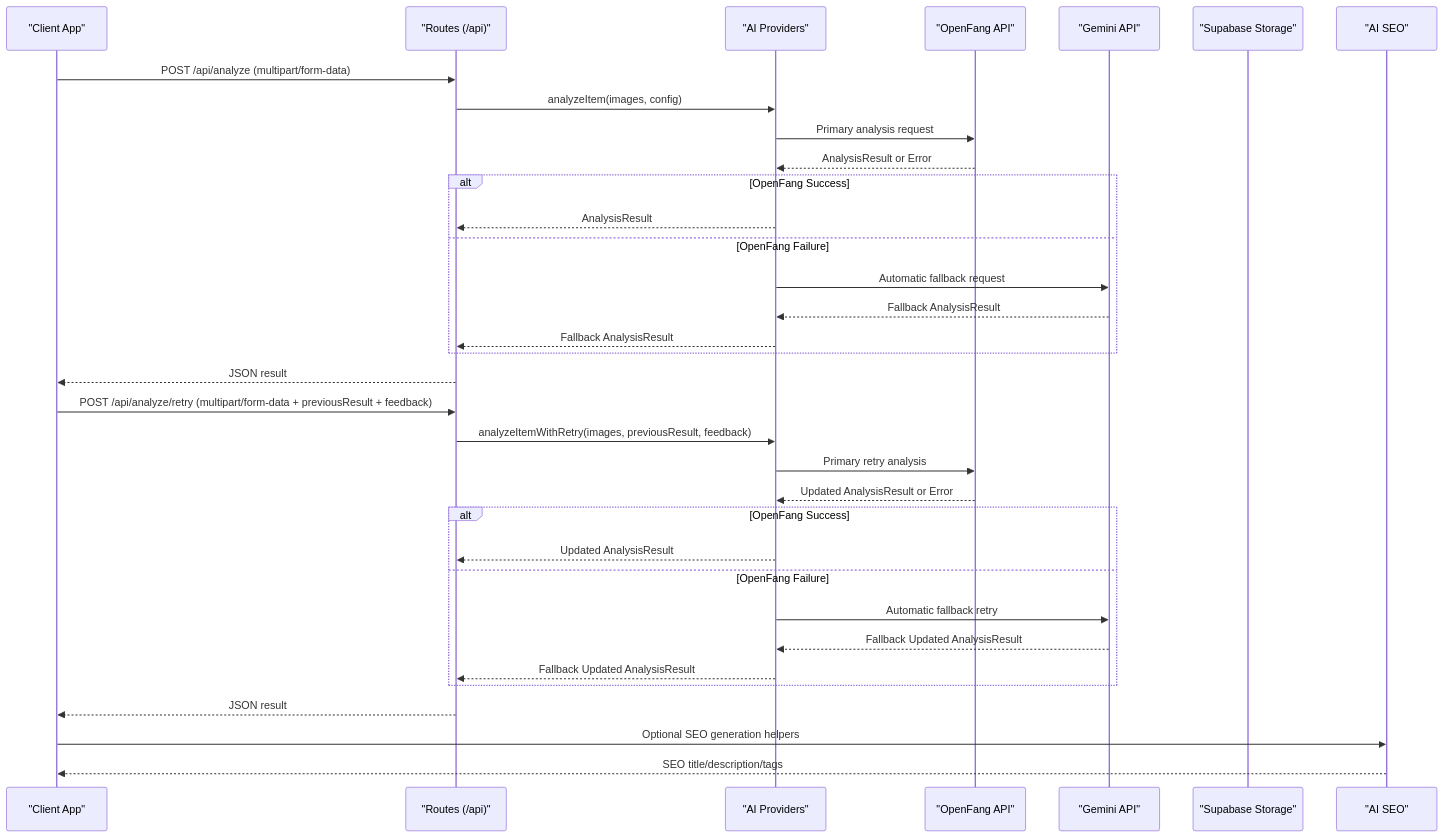
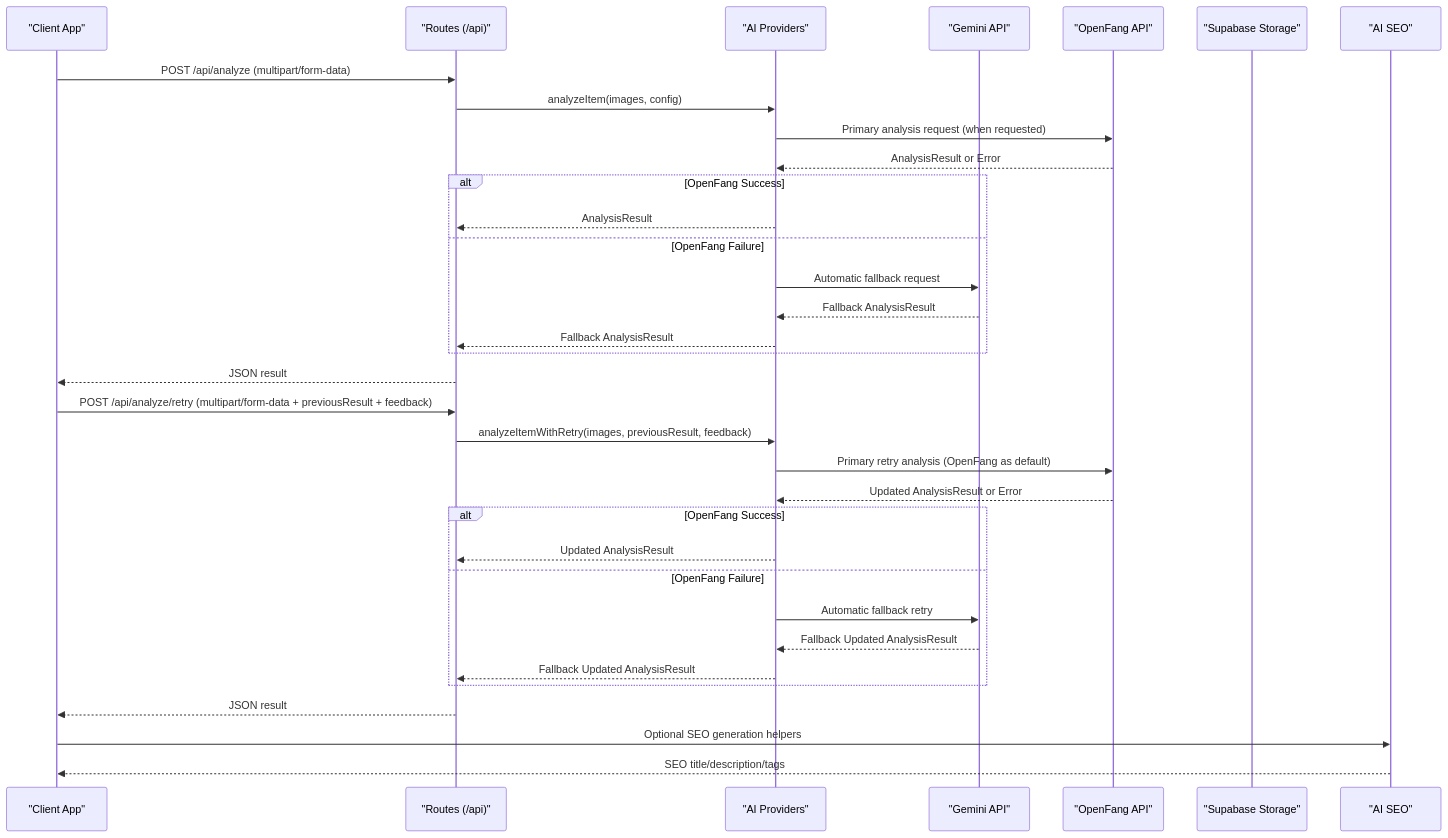
One commit to hunglevi87/Hidden-Gem changed the second of 10 diagrams in .qoder/repowiki/en/content/Backend Services/API Endpoints/Analysis Endpoints.md. Above: the diagram before and after it, drawn with Mermaid. The commit also changed other lines of this file and 53 other files, not shown here.

First line of the commit message:
feat(ai-provider): set Gemini as default provider with OpenFang fallback

````diff
--- a/.qoder/repowiki/en/content/Backend Services/API Endpoints/Analysis Endpoints.md
+++ b/.qoder/repowiki/en/content/Backend Services/API Endpoints/Analysis Endpoints.md
@@ -133,36 +132,36 @@
 ```mermaid
 sequenceDiagram
 participant Client as "Client App"
 participant Routes as "Routes (/api)"
 participant Providers as "AI Providers"
+participant Gemini as "Gemini API"
 participant OpenFang as "OpenFang API"
-participant Gemini as "Gemini API"
 participant Storage as "Supabase Storage"
 participant SEO as "AI SEO"
 Client->>Routes : POST /api/analyze (multipart/form-data)
 Routes->>Providers : analyzeItem(images, config)
-Providers->>OpenFang : Primary analysis request
+Providers->>OpenFang : Primary analysis request (when requested)
 OpenFang-->>Providers : AnalysisResult or Error
 alt OpenFang Success
 Providers-->>Routes : AnalysisResult
 else OpenFang Failure
 Providers->>Gemini : Automatic fallback request
 Gemini-->>Providers : Fallback AnalysisResult
 Providers-->>Routes : Fallback AnalysisResult
 end
 Routes-->>Client : JSON result
 Client->>Routes : POST /api/analyze/retry (multipart/form-data + previousResult + feedback)
 Routes->>Providers : analyzeItemWithRetry(images, previousResult, feedback)
-Providers->>OpenFang : Primary retry analysis
+Providers->>OpenFang : Primary retry analysis (OpenFang as default)
 OpenFang-->>Providers : Updated AnalysisResult or Error
 alt OpenFang Success
 Providers-->>Routes : Updated AnalysisResult
 else OpenFang Failure
 Providers->>Gemini : Automatic fallback retry
 Gemini-->>Providers : Fallback Updated AnalysisResult
 Providers-->>Routes : Fallback Updated AnalysisResult
 end
 Routes-->>Client : JSON result
 Client->>SEO : Optional SEO generation helpers
 SEO-->>Client : SEO title/description/tags
 ```
````
